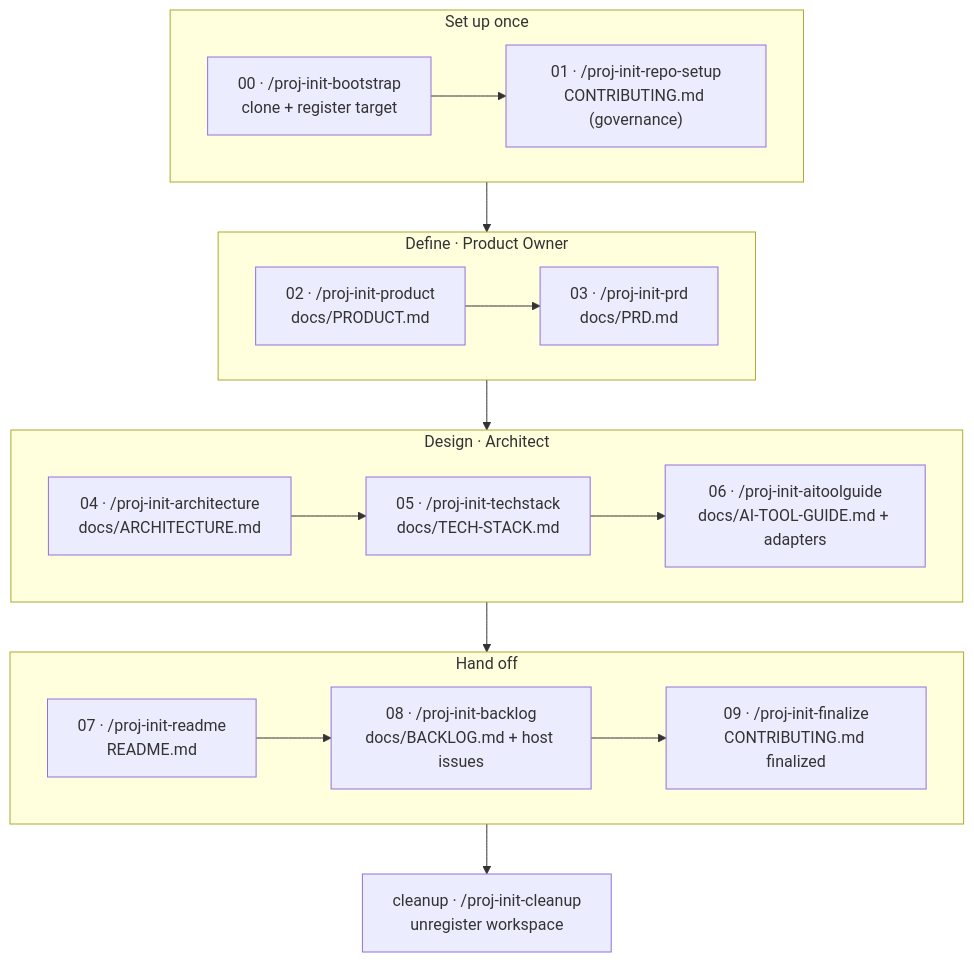
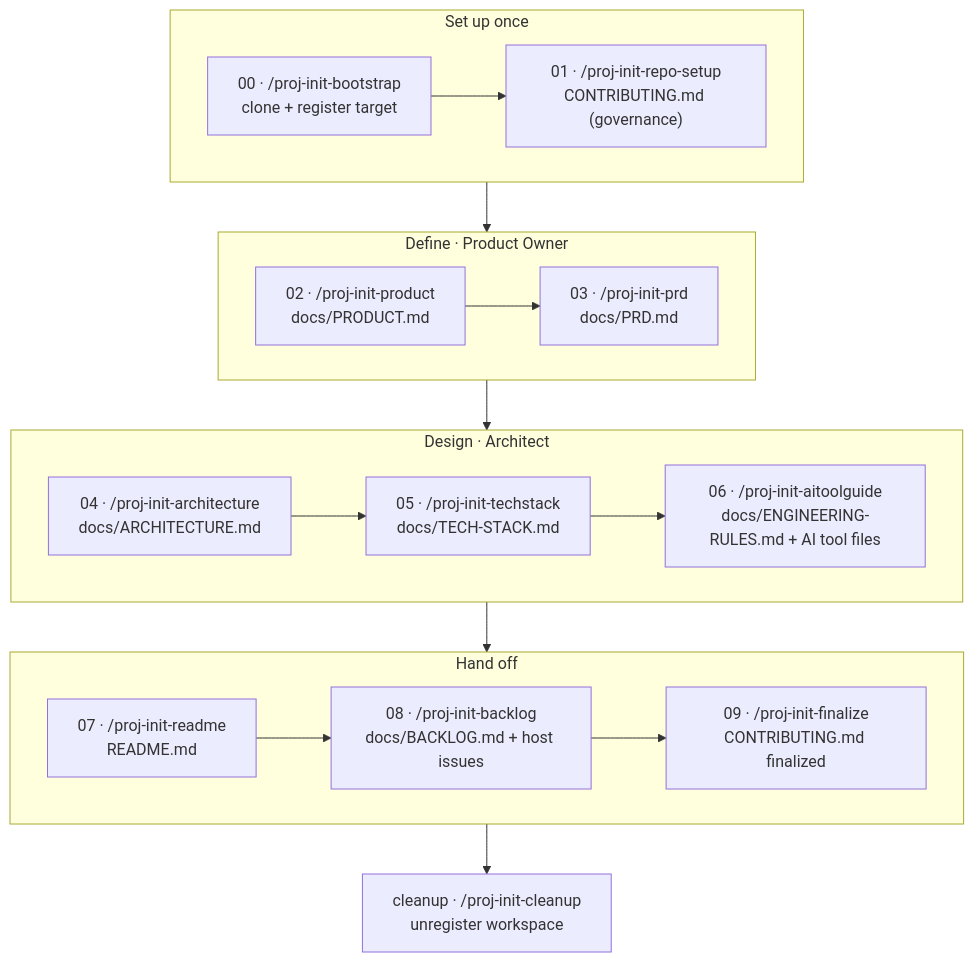
One commit to Cueserve/cs-kickstart changed the diagram in README.md. Above: the diagram before and after it, drawn with Mermaid. The commit also changed other lines of this file and 5 other files, not shown here.

````diff
--- a/README.md
+++ b/README.md
@@ -33,20 +50,20 @@
 ```mermaid
 flowchart TB
   subgraph setup["Set up once"]
     direction LR
     S0["00 · /proj-init-bootstrap<br/>clone + register target"] --> S1["01 · /proj-init-repo-setup<br/>CONTRIBUTING.md (governance)"]
   end
   subgraph define["Define · Product Owner"]
     direction LR
     S2["02 · /proj-init-product<br/>docs/PRODUCT.md"] --> S3["03 · /proj-init-prd<br/>docs/PRD.md"]
   end
   subgraph design["Design · Architect"]
     direction LR
-    S4["04 · /proj-init-architecture<br/>docs/ARCHITECTURE.md"] --> S5["05 · /proj-init-techstack<br/>docs/TECH-STACK.md"] --> S6["06 · /proj-init-aitoolguide<br/>docs/AI-TOOL-GUIDE.md + adapters"]
+    S4["04 · /proj-init-architecture<br/>docs/ARCHITECTURE.md"] --> S5["05 · /proj-init-techstack<br/>docs/TECH-STACK.md"] --> S6["06 · /proj-init-aitoolguide<br/>docs/ENGINEERING-RULES.md + AI tool files"]
   end
   subgraph handoff["Hand off"]
     direction LR
     S7["07 · /proj-init-readme<br/>README.md"] --> S8["08 · /proj-init-backlog<br/>docs/BACKLOG.md + host issues"] --> S9["09 · /proj-init-finalize<br/>CONTRIBUTING.md finalized"]
   end
   setup --> define --> design --> handoff --> C["cleanup · /proj-init-cleanup<br/>unregister workspace"]
 ```
````
